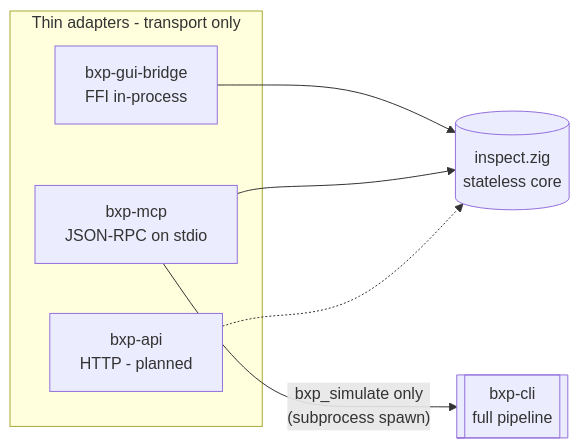
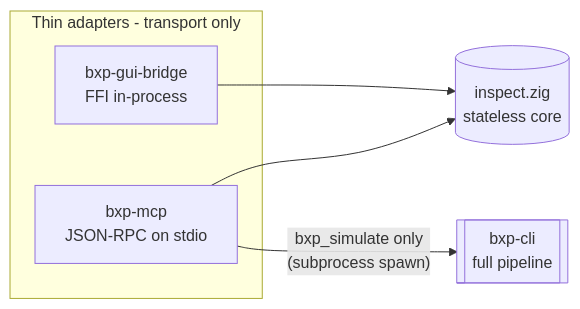
Before and after one commit to zaxified/bxp: the diagram in docs/dev/mcp.md, drawn with Mermaid. The commit also changed other lines of this file and 32 other files, not shown here.

````diff
--- a/docs/dev/mcp.md
+++ b/docs/dev/mcp.md
@@ -36,15 +36,13 @@
 ```mermaid
 flowchart LR
     subgraph adapters [Thin adapters - transport only]
         bridge[bxp-gui-bridge<br/>FFI in-process]
         mcp[bxp-mcp<br/>JSON-RPC on stdio]
-        api[bxp-api<br/>HTTP - planned]
     end
     core[("inspect.zig<br/>stateless core")]
     cli[[bxp-cli<br/>full pipeline]]
 
     bridge --> core
     mcp --> core
-    api -.-> core
     mcp -- "bxp_simulate only<br/>(subprocess spawn)" --> cli
 ```
````
